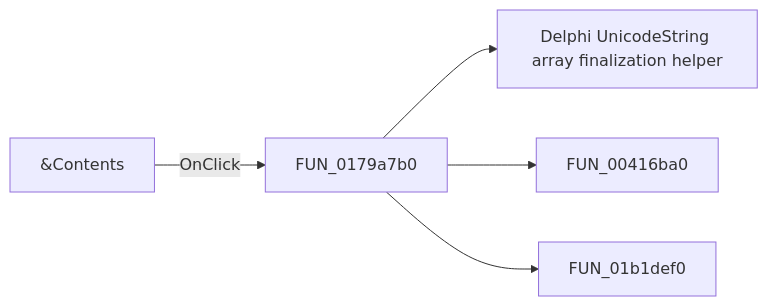
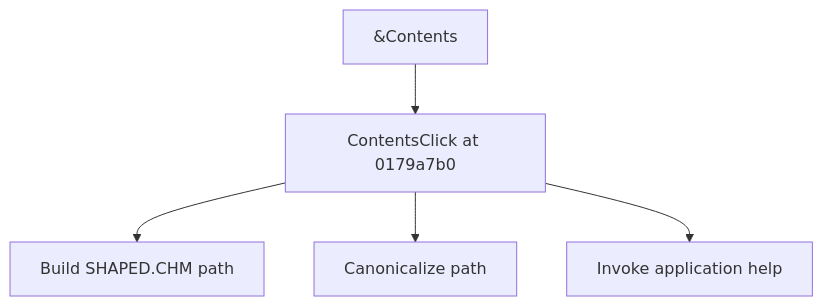
The diagram in docs/ui-controls/shapeedit/contents-9e01f01a94.md (MovGP0/TIARA), drawn with Mermaid before and after one commit. The commit also changed other lines of this file and 1062 other files, not shown here.

````diff
--- a/docs/ui-controls/shapeedit/contents-9e01f01a94.md
+++ b/docs/ui-controls/shapeedit/contents-9e01f01a94.md
@@ -27,7 +25,7 @@
 ```mermaid
-flowchart LR
-    control["&Contents"] -->|OnClick| handler["FUN_0179a7b0"]
-    handler --> call1["Delphi UnicodeString array finalization helper"]
-    handler --> call2["FUN_00416ba0"]
-    handler --> call3["FUN_01b1def0"]
+flowchart TD
+    control["&Contents"] --> handler["ContentsClick at 0179a7b0"]
+    handler --> step1["Build SHAPED.CHM path"]
+    handler --> step2["Canonicalize path"]
+    handler --> step3["Invoke application help"]
 ```
````
